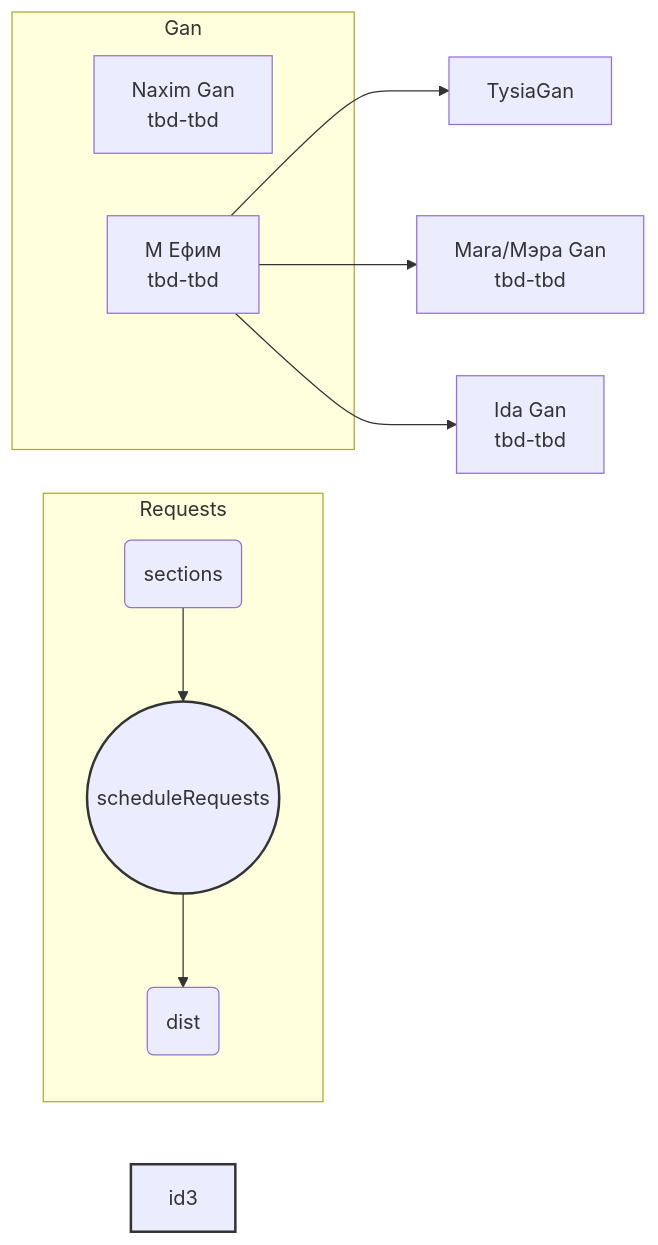
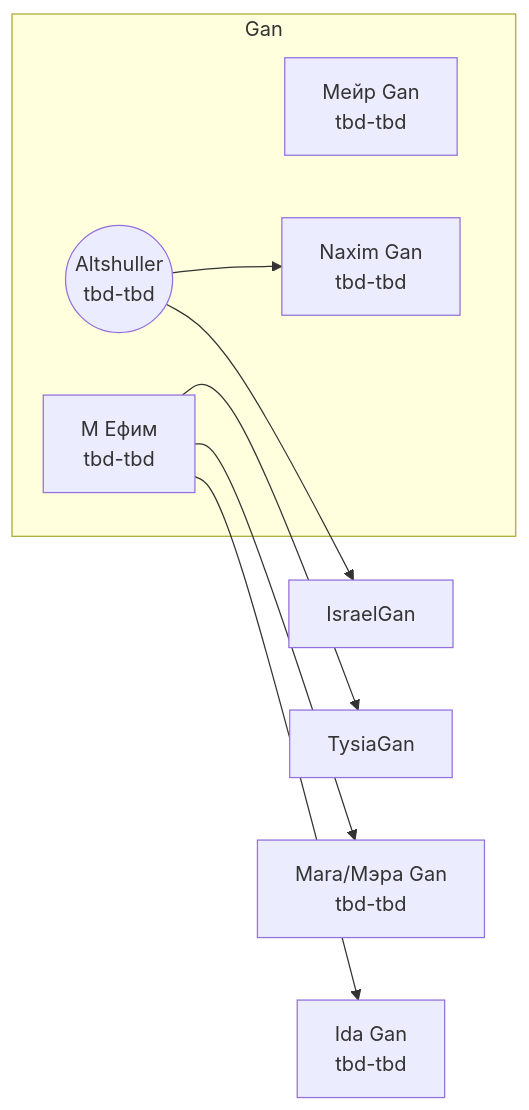
Before and after one commit to agiletechvn/go-ethereum-code-analysis: the diagram in core-bloombits-analysis.md, drawn with Mermaid.

Commit message:
update subgraph for core-bloombits

````diff
--- a/core-bloombits-analysis.md
+++ b/core-bloombits-analysis.md
@@ -97,22 +97,18 @@
 ```mermaid
 graph LR
 
-subgraph Requests
-		id1(sections)
-	  id2((scheduleRequests))
-  	dist(dist)
+subgraph Gan
+    IsraelsFatherGan[Mейр Gan <br>tbd-tbd]
+    IsraelsFathersWife((Altshuller <br>tbd-tbd))
 end
-id1 --> id2
-id2 --> dist
+IsraelsFathersWife --> IsraelGan
+IsraelsFathersWife --> NaximGan[Naxim Gan<br>tbd-tbd]
 
 subgraph Gan
     NaximGan[Naxim Gan<br>tbd-tbd]
     NaximGanWife[M Ефим<br>tbd-tbd]
 end
 NaximGanWife --> TysiaGan
 NaximGanWife --> MaraGan[Mara/Мэра Gan<br>tbd-tbd]
 NaximGanWife --> IdaGan[Ida Gan<br>tbd-tbd]
-
-style id2 stroke: #333, stroke-width:2px;
-style id3 stroke: #333, stroke-width:2px;
 ```
````
